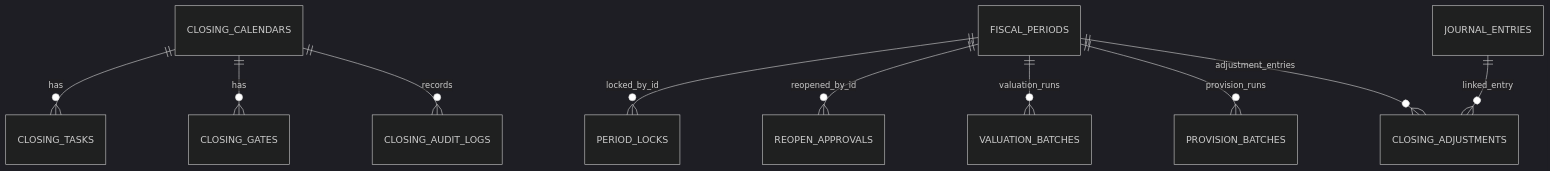
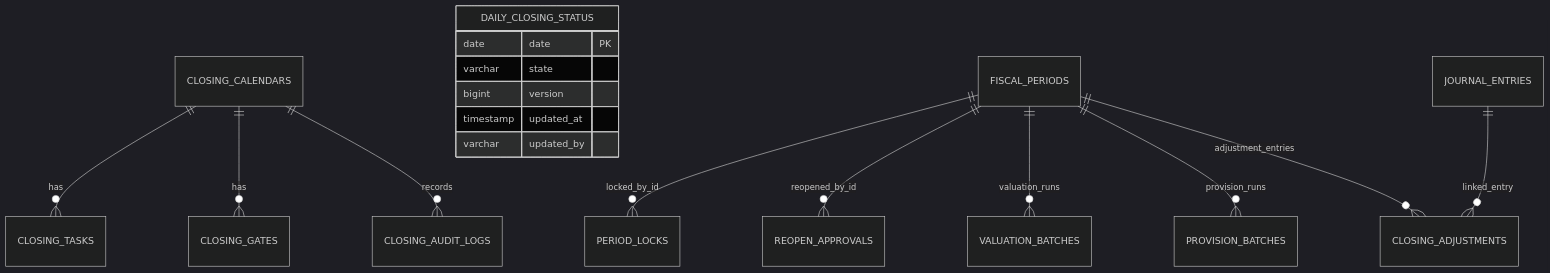
The diagram in closing/docs/schema.md (skyg547/account), drawn with Mermaid (dark theme) before and after one commit. The commit also changed other lines of this file and 45 other files, not shown here.

````diff
--- a/closing/docs/schema.md
+++ b/closing/docs/schema.md
@@ -7,12 +7,19 @@
 ```mermaid
 erDiagram
     CLOSING_CALENDARS ||--o{ CLOSING_TASKS : has
     CLOSING_CALENDARS ||--o{ CLOSING_GATES : has
     CLOSING_CALENDARS ||--o{ CLOSING_AUDIT_LOGS : records
+    DAILY_CLOSING_STATUS {
+        date date PK
+        varchar state
+        bigint version
+        timestamp updated_at
+        varchar updated_by
+    }
     FISCAL_PERIODS ||--o{ PERIOD_LOCKS : locked_by_id
     FISCAL_PERIODS ||--o{ REOPEN_APPROVALS : reopened_by_id
     FISCAL_PERIODS ||--o{ VALUATION_BATCHES : valuation_runs
     FISCAL_PERIODS ||--o{ PROVISION_BATCHES : provision_runs
     FISCAL_PERIODS ||--o{ CLOSING_ADJUSTMENTS : adjustment_entries
     JOURNAL_ENTRIES ||--o{ CLOSING_ADJUSTMENTS : linked_entry
 ```
````
